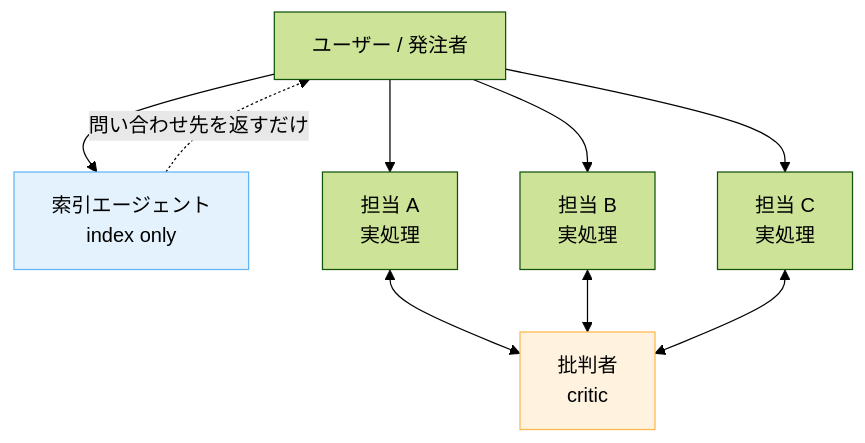
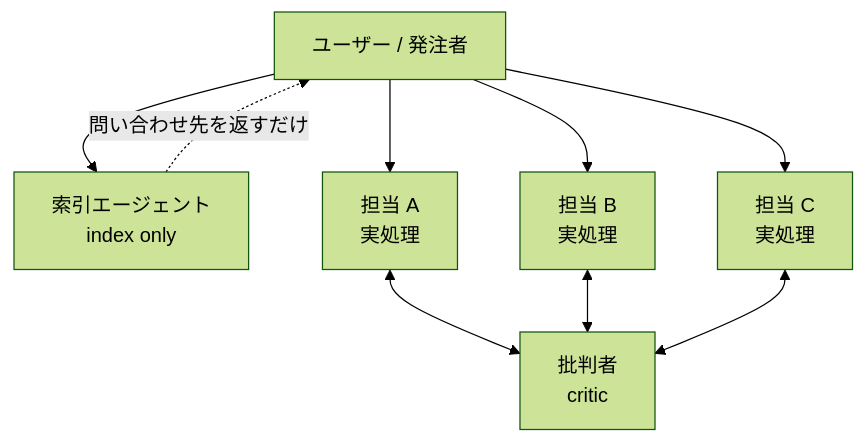
One commit to dinekt/dinekt-wiki changed the diagram in docs/techniques/マルチエージェント組織の4つの設計教訓.md. Above: the diagram before and after it, drawn with Mermaid (forest theme). The commit also changed 70 other files, not shown here.

First line of the commit message:
fix(mermaid): strip all inline styling, rely on theme

````diff
--- a/docs/techniques/マルチエージェント組織の4つの設計教訓.md
+++ b/docs/techniques/マルチエージェント組織の4つの設計教訓.md
@@ -23,21 +23,19 @@
 ```mermaid
 flowchart TD
     H[ユーザー / 発注者]
     I[索引エージェント<br/>index only]
     A1[担当 A<br/>実処理]
     A2[担当 B<br/>実処理]
     A3[担当 C<br/>実処理]
     C[批判者<br/>critic]
 
     H --> I
     I -.問い合わせ先を返すだけ.-> H
     H --> A1
     H --> A2
     H --> A3
     A1 <--> C
     A2 <--> C
     A3 <--> C
 
-    style I fill:#e3f2fd,stroke:#64b5f6,color:#000
-    style C fill:#fff3e0,stroke:#ffb74d,color:#000
 ```
````
